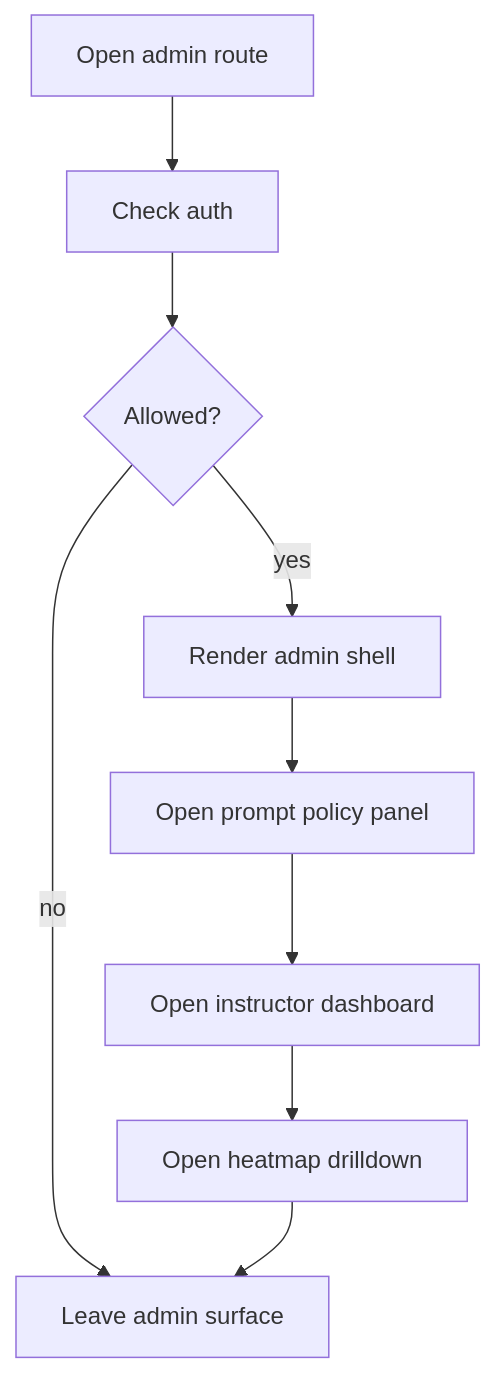
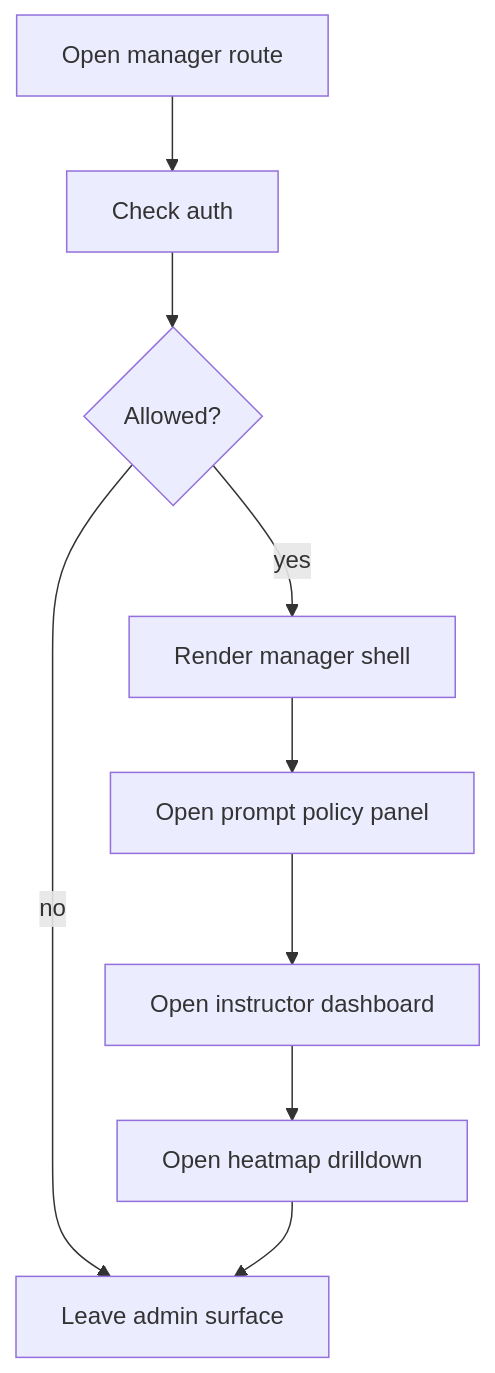
Before and after one commit to JohnAndrewBalbarosa/NeoTerritory: the diagram in docs/Codebase/Frontend/src/admin/README.md, drawn with Mermaid. The commit also changed other lines of this file and 23 other files, not shown here.

Commit message:
fix: clean project manager dashboard UI and remove admin wording

````diff
--- a/docs/Codebase/Frontend/src/admin/README.md
+++ b/docs/Codebase/Frontend/src/admin/README.md
@@ -21,14 +22,14 @@
 ```mermaid
 flowchart TD
-    Start["Open admin route"]
+    Start["Open manager route"]
     N0["Check auth"]
     D0{"Allowed?"}
-    N1["Render admin shell"]
+    N1["Render manager shell"]
     N2["Open prompt policy panel"]
     N3["Open instructor dashboard"]
     N4["Open heatmap drilldown"]
     End["Leave admin surface"]
     Start --> N0 --> D0
     D0 -->|no| End
     D0 -->|yes| N1 --> N2 --> N3 --> N4 --> End
 ```
````
